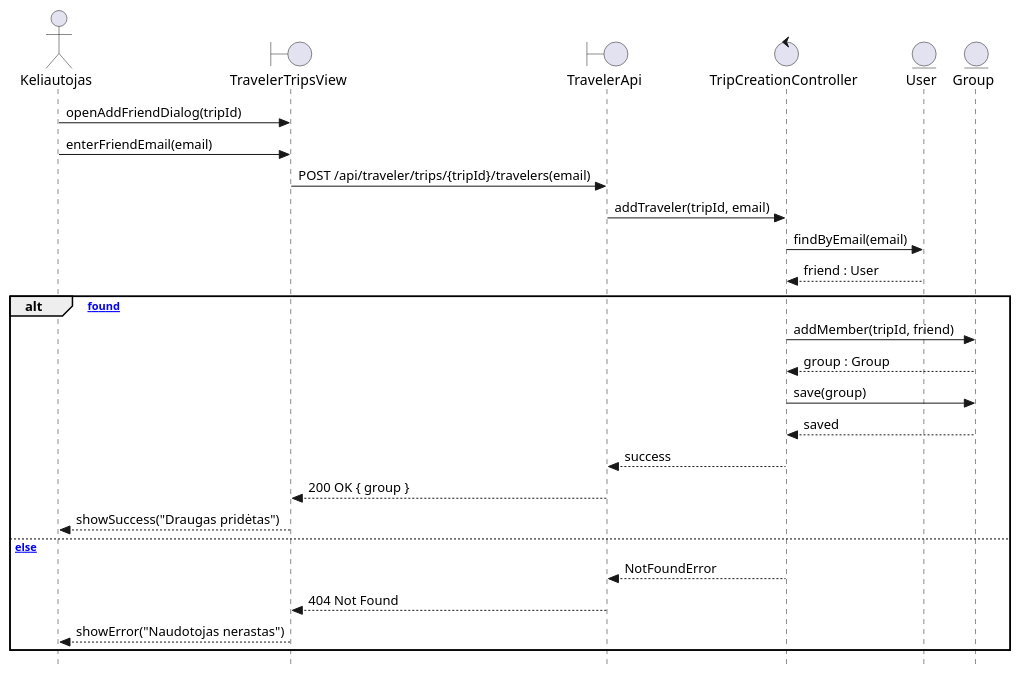
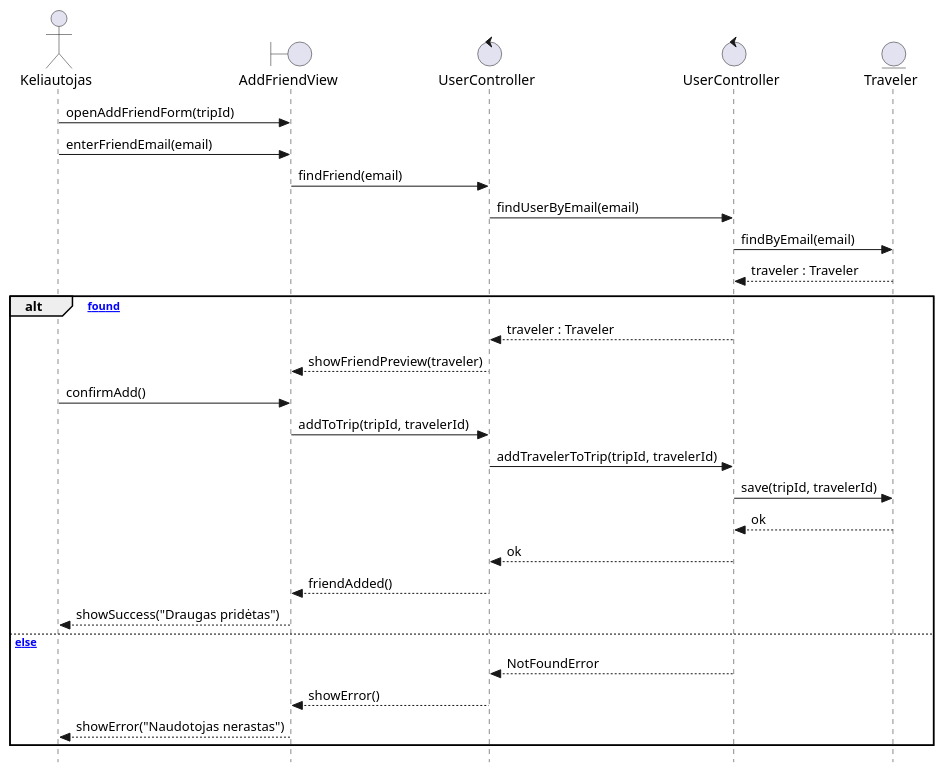
Before and after one commit to SauliusDev/ps-projektas: the diagram in _refs/diagrams-new-quick/sequence/naudotojo_posisteme/Prideti_drauga_kaip_keliautoja.puml, drawn with PlantUML. The commit also changed 86 other files, not shown here.

First line of the commit message:
feat: rewrite P2 sequence/package diagrams with proper BCE components

```diff
--- a/_refs/diagrams-new-quick/sequence/naudotojo_posisteme/Prideti_drauga_kaip_keliautoja.puml
+++ b/_refs/diagrams-new-quick/sequence/naudotojo_posisteme/Prideti_drauga_kaip_keliautoja.puml
@@ -1,31 +1,33 @@
 @startuml Prideti_drauga_kaip_keliautoja
 skinparam style strictuml
 
 actor Keliautojas as A
-boundary TravelerTripsView as V
-boundary TravelerApi as API
-control TripCreationController as C
-entity User as EU
-entity Group as EG
+boundary AddFriendView as V
+control UserController as FEC
+control "UserController" as BEC
+entity Traveler as E
 
-A -> V : openAddFriendDialog(tripId)
+A -> V : openAddFriendForm(tripId)
 A -> V : enterFriendEmail(email)
-V -> API : POST /api/traveler/trips/{tripId}/travelers(email)
-API -> C : addTraveler(tripId, email)
-C -> EU : findByEmail(email)
-EU --> C : friend : User
+V -> FEC : findFriend(email)
+FEC -> BEC : findUserByEmail(email)
+BEC -> E : findByEmail(email)
+E --> BEC : traveler : Traveler
 
 alt [friend found]
-  C -> EG : addMember(tripId, friend)
-  EG --> C : group : Group
-  C -> EG : save(group)
-  EG --> C : saved
-  C --> API : success
-  API --> V : 200 OK { group }
+  BEC --> FEC : traveler : Traveler
+  FEC --> V : showFriendPreview(traveler)
+  A -> V : confirmAdd()
+  V -> FEC : addToTrip(tripId, travelerId)
+  FEC -> BEC : addTravelerToTrip(tripId, travelerId)
+  BEC -> E : save(tripId, travelerId)
+  E --> BEC : ok
+  BEC --> FEC : ok
+  FEC --> V : friendAdded()
   V --> A : showSuccess("Draugas pridėtas")
 else [else]
-  C --> API : NotFoundError
-  API --> V : 404 Not Found
+  BEC --> FEC : NotFoundError
+  FEC --> V : showError()
   V --> A : showError("Naudotojas nerastas")
 end
 @enduml
```
